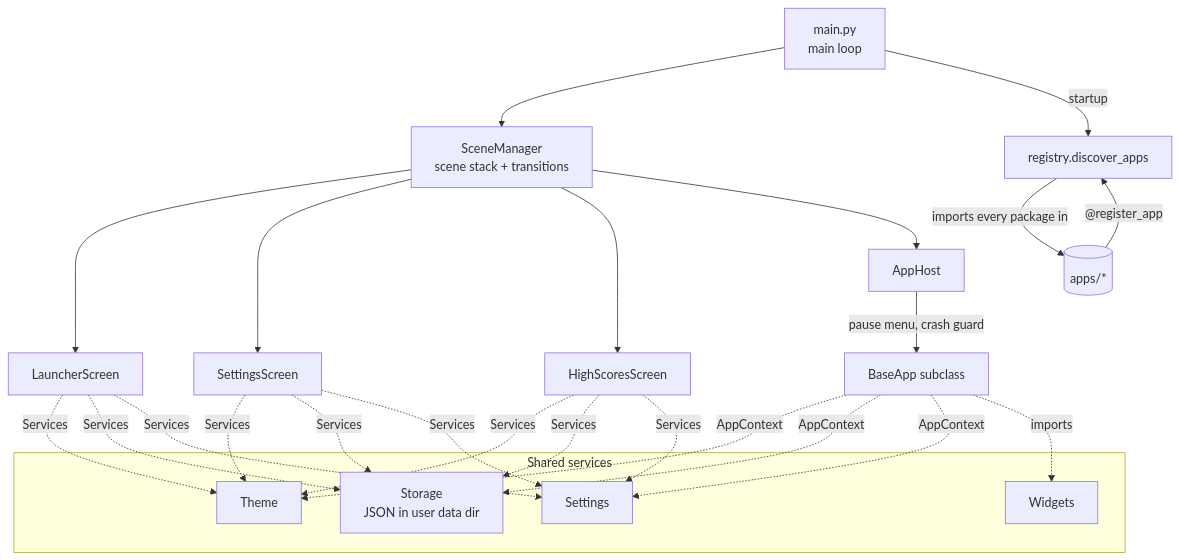
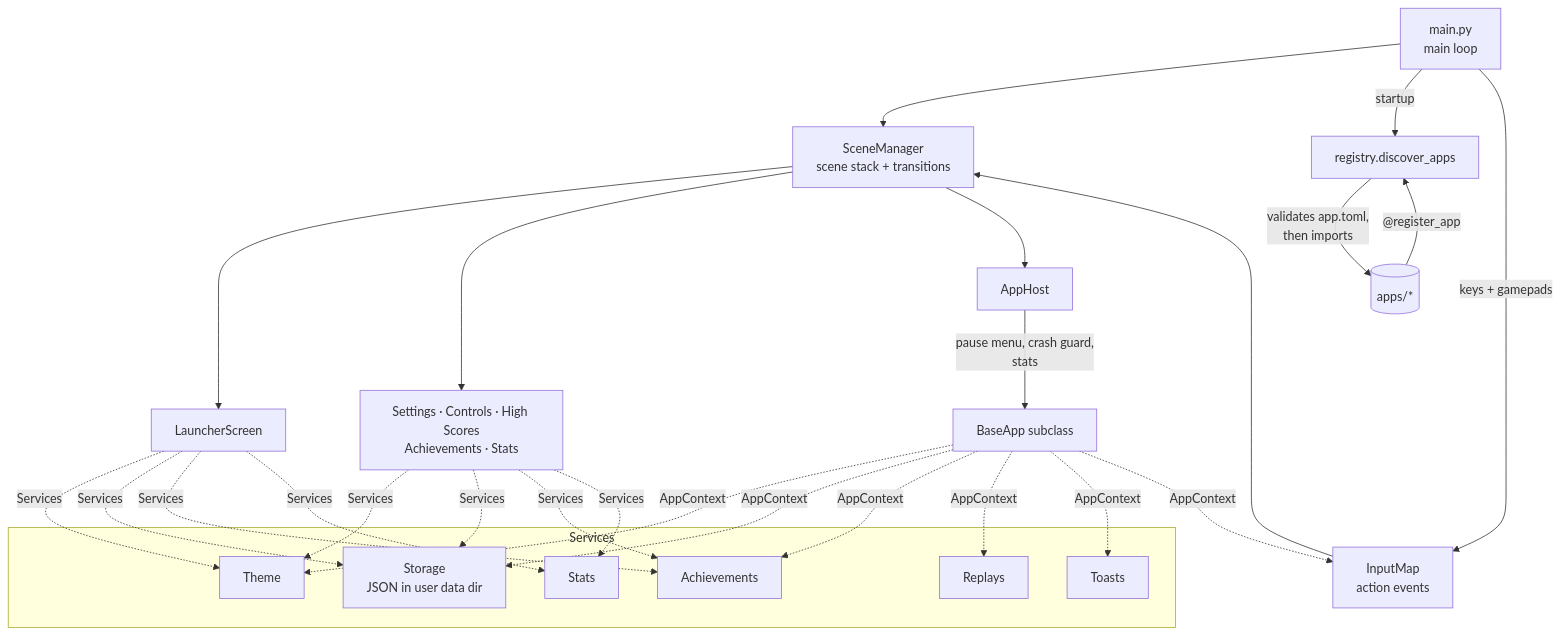
Before and after one commit to bryansianturi/arcade-app: the diagram in README.md, drawn with Mermaid. The commit also changed other lines of this file, not shown here.

First line of the commit message:
Document manifests, input mapping and the new framework services

````diff
--- a/README.md
+++ b/README.md
@@ -112,23 +123,25 @@
 ```mermaid
 flowchart TD
     main[main.py<br/>main loop] --> SM[SceneManager<br/>scene stack + transitions]
     main -->|startup| REG[registry.discover_apps]
-    REG -->|imports every package in| APPS[(apps/*)]
+    REG -->|validates app.toml,<br/>then imports| APPS[(apps/*)]
     APPS -->|"@register_app"| REG
+    main -->|keys + gamepads| IN[InputMap<br/>action events]
+    IN --> SM
 
     SM --> L[LauncherScreen]
-    SM --> S[SettingsScreen]
-    SM --> H[HighScoresScreen]
+    SM --> OTHER[Settings · Controls · High Scores<br/>Achievements · Stats]
     SM --> HOST[AppHost]
-    HOST -->|pause menu, crash guard| APP[BaseApp subclass]
+    HOST -->|pause menu, crash guard,<br/>stats| APP[BaseApp subclass]
 
-    subgraph Shared services
-        T[Theme] 
+    subgraph Services
+        T[Theme]
         ST[Storage<br/>JSON in user data dir]
-        W[Widgets]
-        SET[Settings]
+        ACH[Achievements]
+        STATS[Stats]
+        RP[Replays]
+        TO[Toasts]
     end
-    APP -. AppContext .-> T & ST & SET
-    APP -. imports .-> W
-    L & S & H -. Services .-> T & ST & SET
+    APP -. AppContext .-> T & ST & ACH & RP & TO & IN
+    L & OTHER -. Services .-> T & ST & ACH & STATS
 ```
````
